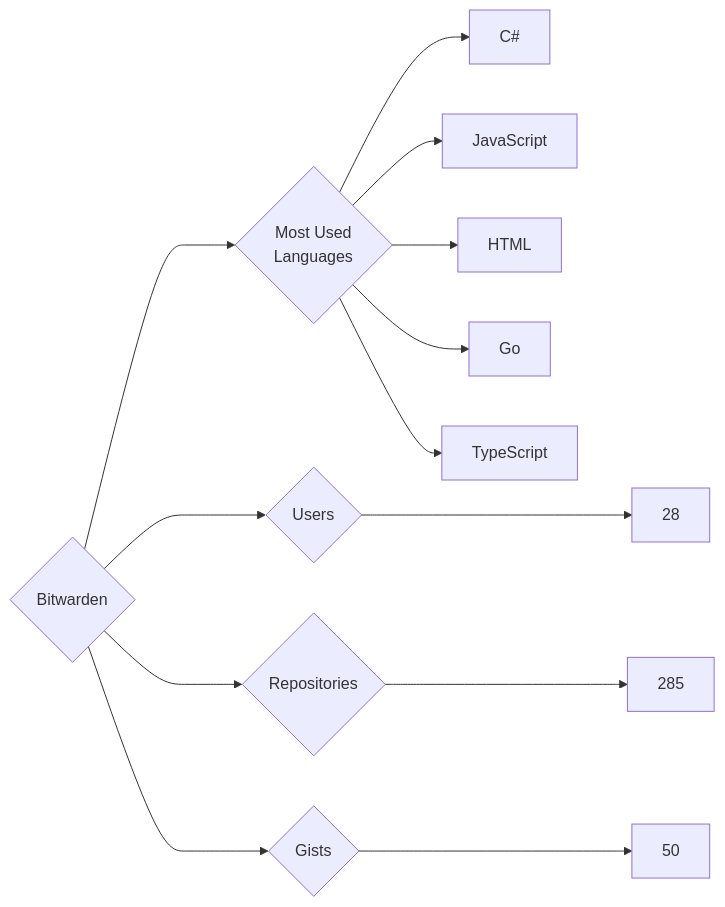
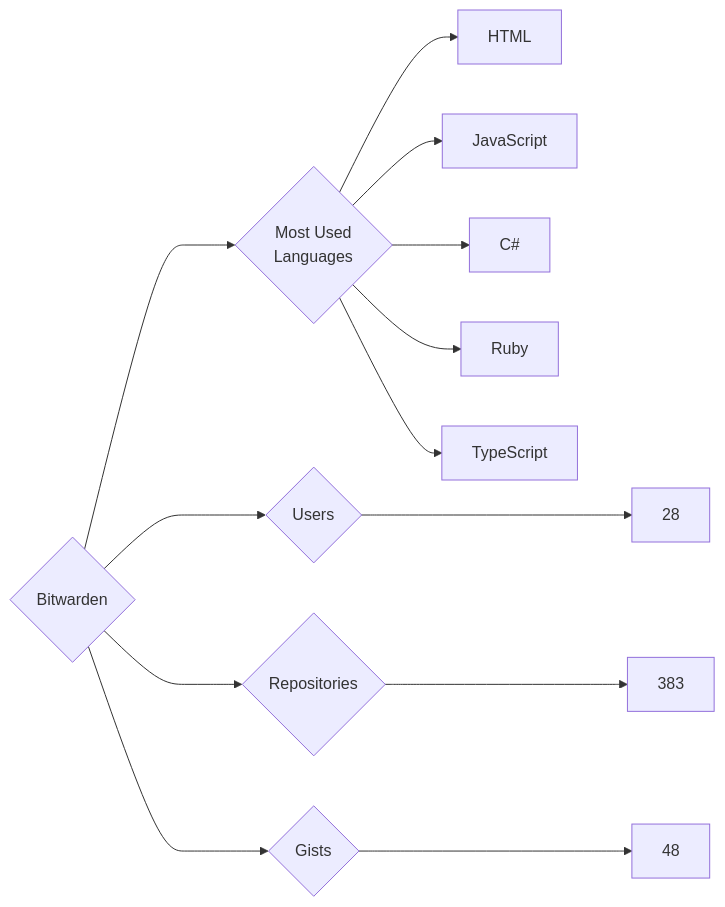
Before and after one commit to trickest/insiders: the diagram in targets/Bitwarden/README.md, drawn with Mermaid. The commit also changed 723 other files, not shown here.

````diff
--- a/targets/Bitwarden/README.md
+++ b/targets/Bitwarden/README.md
@@ -3,13 +3,13 @@
 ```mermaid
 graph LR
 COMPANY_NAME{Bitwarden}
 COMPANY_NAME ---> U{Users} ---> UN[28]
-COMPANY_NAME ---> R{Repositories} ---> RN[285]
-COMPANY_NAME ---> G{Gists} ---> GN[50]
+COMPANY_NAME ---> R{Repositories} ---> RN[383]
+COMPANY_NAME ---> G{Gists} ---> GN[48]
 COMPANY_NAME ---> ML{Most Used<br>Languages}
+ML --> HTML[HTML]
+ML --> JavaScript[JavaScript]
 ML --> C#[C#]
-ML --> JavaScript[JavaScript]
-ML --> HTML[HTML]
-ML --> Go[Go]
+ML --> Ruby[Ruby]
 ML --> TypeScript[TypeScript]
 ```
````
